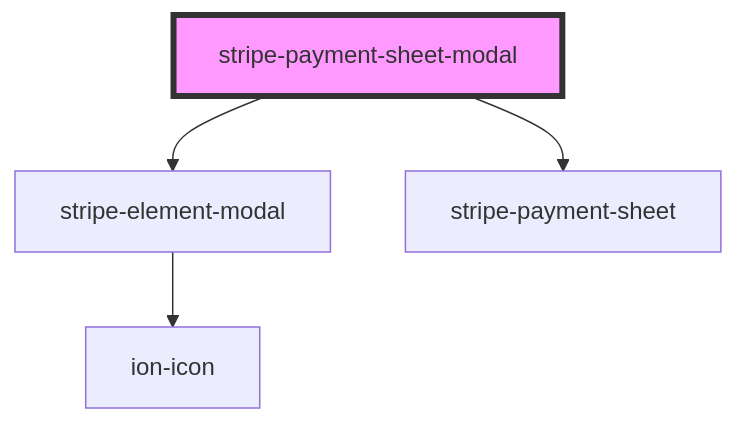
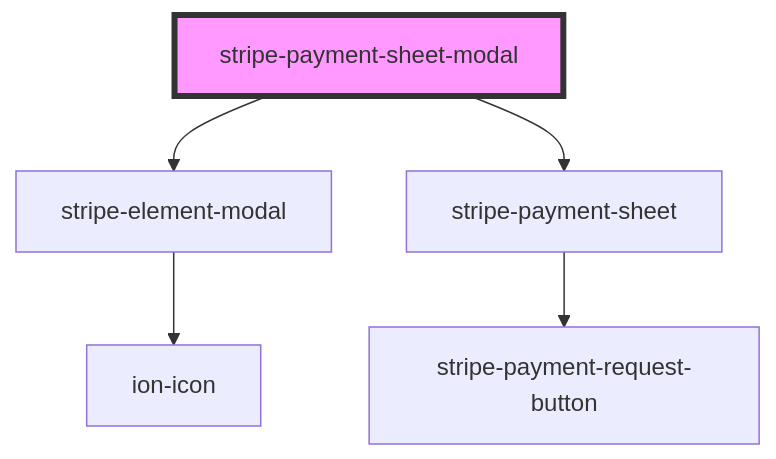
The diagram in src/components/stripe-payment-sheet-modal/readme.md (wpkyoto/stripe-pwa-elements), drawn with Mermaid before and after one commit. The commit also changed 10 other files, not shown here.

Commit message:
feat: payment-request-button

````diff
--- a/src/components/stripe-payment-sheet-modal/readme.md
+++ b/src/components/stripe-payment-sheet-modal/readme.md
@@ -80,7 +80,8 @@
 ```mermaid
 graph TD;
   stripe-payment-sheet-modal --> stripe-element-modal
   stripe-payment-sheet-modal --> stripe-payment-sheet
   stripe-element-modal --> ion-icon
+  stripe-payment-sheet --> stripe-payment-request-button
   style stripe-payment-sheet-modal fill:#f9f,stroke:#333,stroke-width:4px
 ```
````
